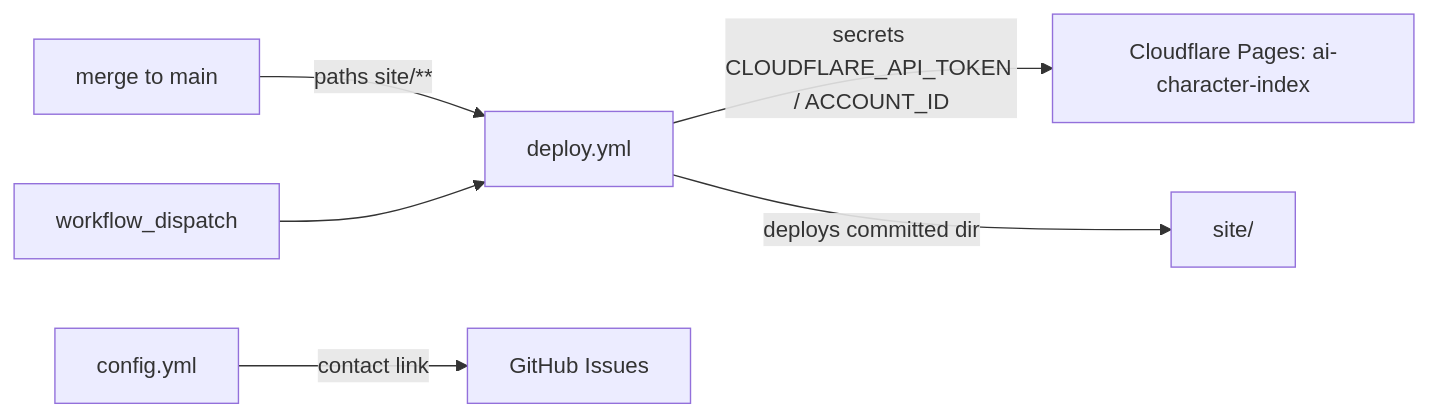
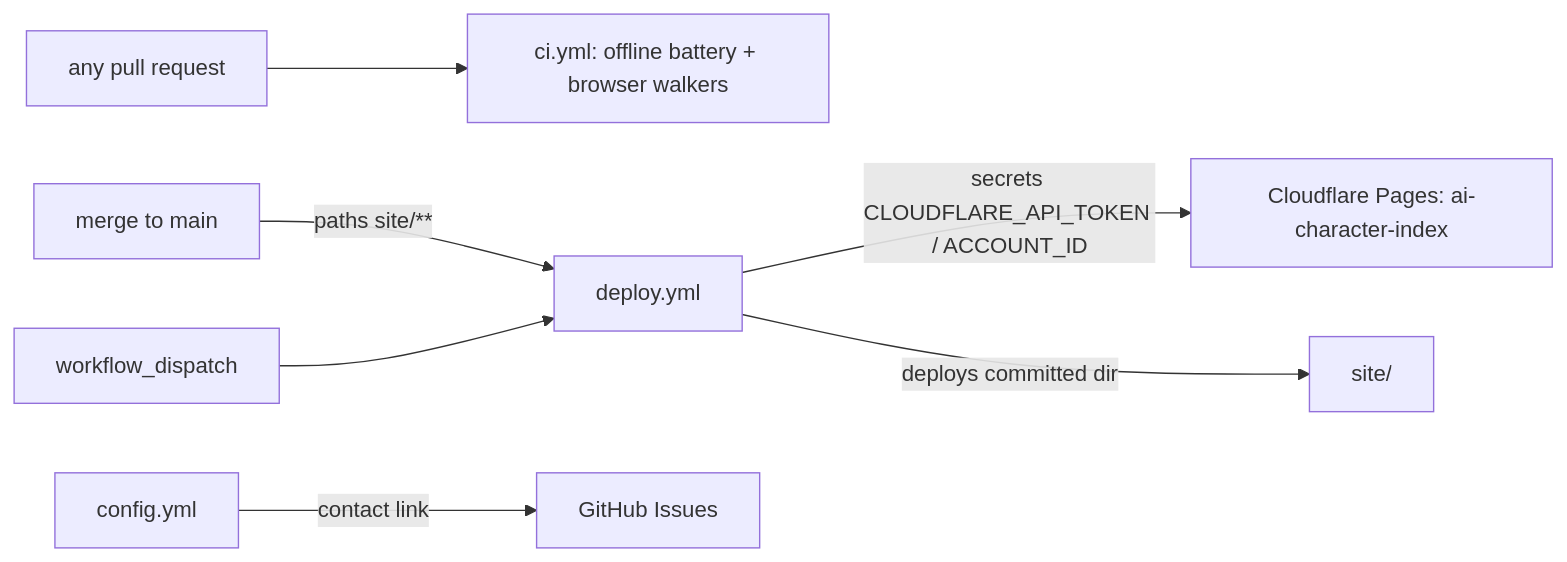
Before and after one commit to AndresCotton/ai-character-index: the diagram in .github/OVERVIEW.md, drawn with Mermaid. The commit also changed other lines of this file and 6 other files, not shown here.

````diff
--- a/.github/OVERVIEW.md
+++ b/.github/OVERVIEW.md
@@ -22,8 +24,9 @@
 ```mermaid
 graph LR
+  PRR[any pull request] --> CI[ci.yml: offline battery + browser walkers]
   PR[merge to main] -->|paths site/**| DW[deploy.yml]
   WD[workflow_dispatch] --> DW
   DW -->|secrets CLOUDFLARE_API_TOKEN / ACCOUNT_ID| CF[Cloudflare Pages: ai-character-index]
   DW -->|deploys committed dir| SITE[site/]
   CFG[config.yml] -->|contact link| GH[GitHub Issues]
 ```
````
